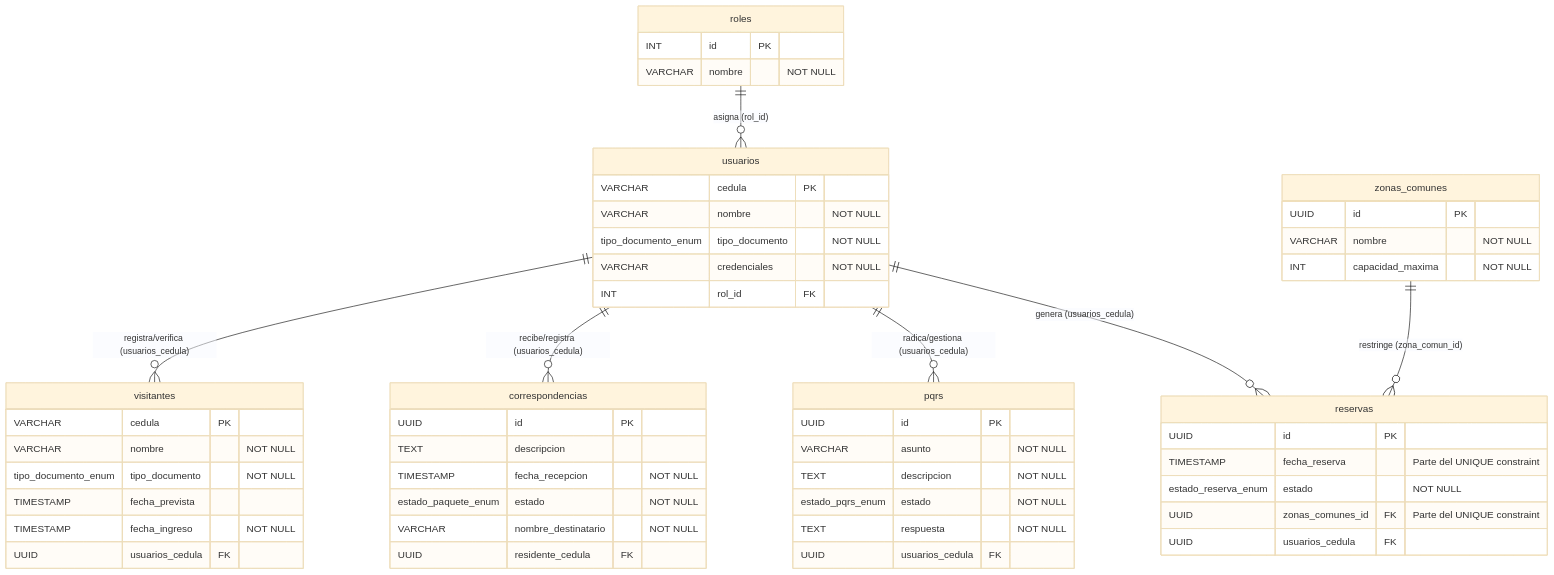
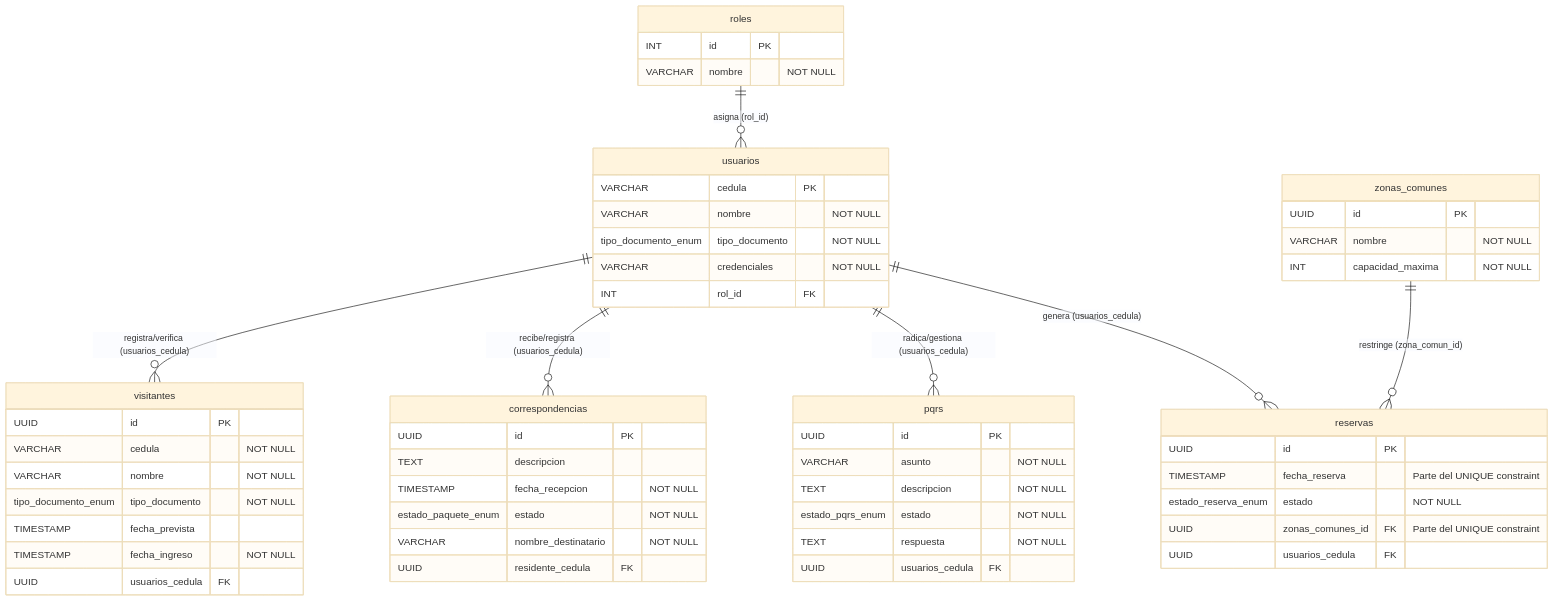
The diagram in docs/models/modelo-DB.md (lcardona3815-ship-it/houstingcontrol-software), drawn with Mermaid (base theme) before and after one commit.

````diff
--- a/docs/models/modelo-DB.md
+++ b/docs/models/modelo-DB.md
@@ -1,65 +1,66 @@
 ```mermaid
 erDiagram
     %% Relaciones (Llaves Foráneas)
     roles ||--o{ usuarios : "asigna (rol_id)"
     usuarios ||--o{ visitantes : "registra/verifica (usuarios_cedula)"
     usuarios ||--o{ correspondencias : "recibe/registra (usuarios_cedula)"
     usuarios ||--o{ pqrs : "radica/gestiona (usuarios_cedula)"
     usuarios ||--o{ reservas : "genera (usuarios_cedula)"
     zonas_comunes ||--o{ reservas : "restringe (zona_comun_id)"
 
     %% Tablas y columnas
     roles {
         INT id PK
         VARCHAR nombre "NOT NULL"
     }
 
     usuarios {
         VARCHAR cedula PK
         VARCHAR nombre "NOT NULL"
         tipo_documento_enum tipo_documento "NOT NULL"
         VARCHAR credenciales "NOT NULL"
         INT rol_id FK
     }
 
     zonas_comunes {
         UUID id PK
         VARCHAR nombre "NOT NULL"
         INT capacidad_maxima "NOT NULL"
     }
 
     visitantes {
-        VARCHAR cedula PK
+        UUID id PK
+        VARCHAR cedula "NOT NULL"
         VARCHAR nombre "NOT NULL"
         tipo_documento_enum tipo_documento "NOT NULL"
         TIMESTAMP fecha_prevista 
         TIMESTAMP fecha_ingreso "NOT NULL"
         UUID usuarios_cedula FK
     }
 
     correspondencias {
         UUID id PK
         TEXT descripcion
         TIMESTAMP fecha_recepcion "NOT NULL"
         estado_paquete_enum estado "NOT NULL"
         VARCHAR nombre_destinatario "NOT NULL"
         UUID residente_cedula FK
     }
 
     pqrs {
         UUID id PK
         VARCHAR asunto "NOT NULL"
         TEXT descripcion "NOT NULL"
         estado_pqrs_enum estado "NOT NULL"
         TEXT respuesta "NOT NULL"
         UUID usuarios_cedula FK
     }
 
     reservas {
         UUID id PK
         TIMESTAMP fecha_reserva "Parte del UNIQUE constraint"
         estado_reserva_enum estado "NOT NULL"
         UUID zonas_comunes_id FK "Parte del UNIQUE constraint"
         UUID usuarios_cedula FK
     }
 ```
````
